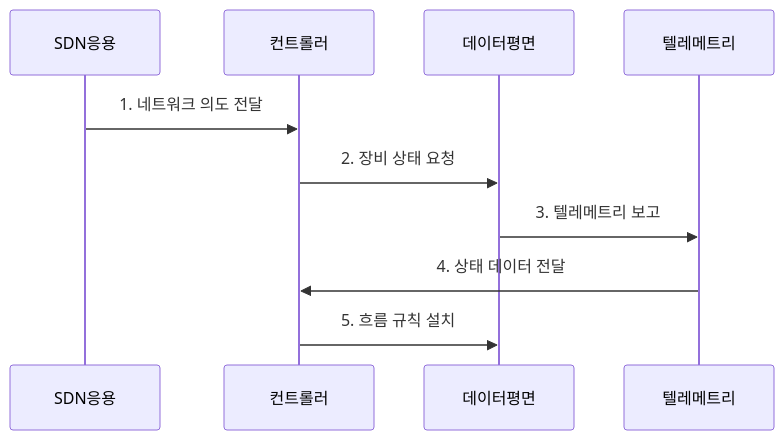
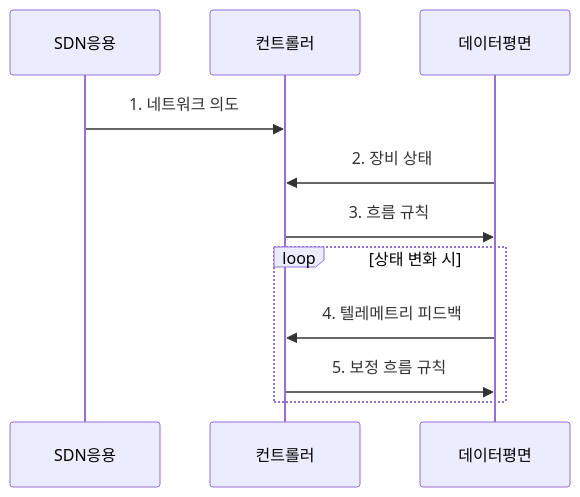
Before and after one commit to agnusdei1207/knowledge-base: the second of 2 diagrams in src/content/docs/notes/04-network/056_software_defined_networking.md, drawn with Mermaid. The commit also changed other lines of this file and 20 other files, not shown here.

````diff
--- a/src/content/docs/notes/04-network/056_software_defined_networking.md
+++ b/src/content/docs/notes/04-network/056_software_defined_networking.md
@@ -81,12 +82,13 @@
 ```mermaid
 sequenceDiagram
     participant SDN응용
     participant 컨트롤러
     participant 데이터평면
-    participant 텔레메트리
-    SDN응용->>컨트롤러: 1. 네트워크 의도 전달
-    컨트롤러->>데이터평면: 2. 장비 상태 요청
-    데이터평면->>텔레메트리: 3. 텔레메트리 보고
-    텔레메트리->>컨트롤러: 4. 상태 데이터 전달
-    컨트롤러->>데이터평면: 5. 흐름 규칙 설치
+    SDN응용->>컨트롤러: 1. 네트워크 의도
+    데이터평면->>컨트롤러: 2. 장비 상태
+    컨트롤러->>데이터평면: 3. 흐름 규칙
+    loop 상태 변화 시
+        데이터평면->>컨트롤러: 4. 텔레메트리 피드백
+        컨트롤러->>데이터평면: 5. 보정 흐름 규칙
+    end
 ```
````
